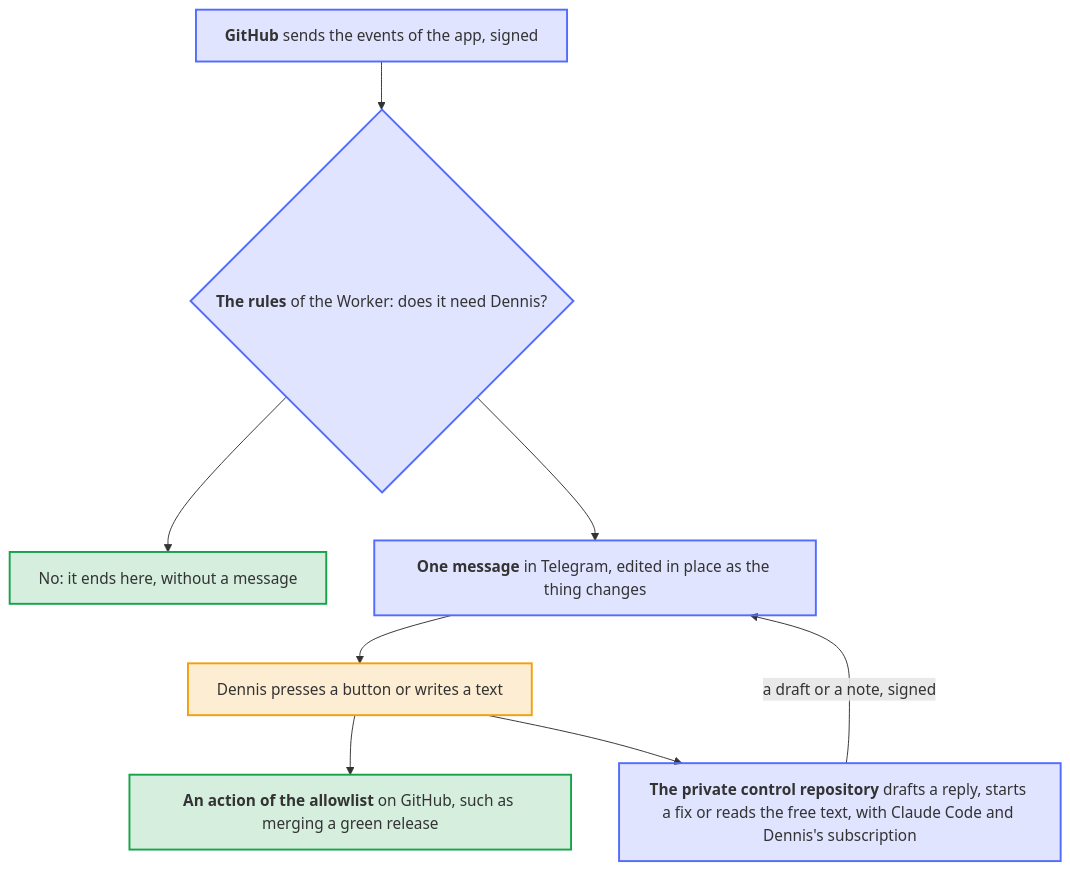
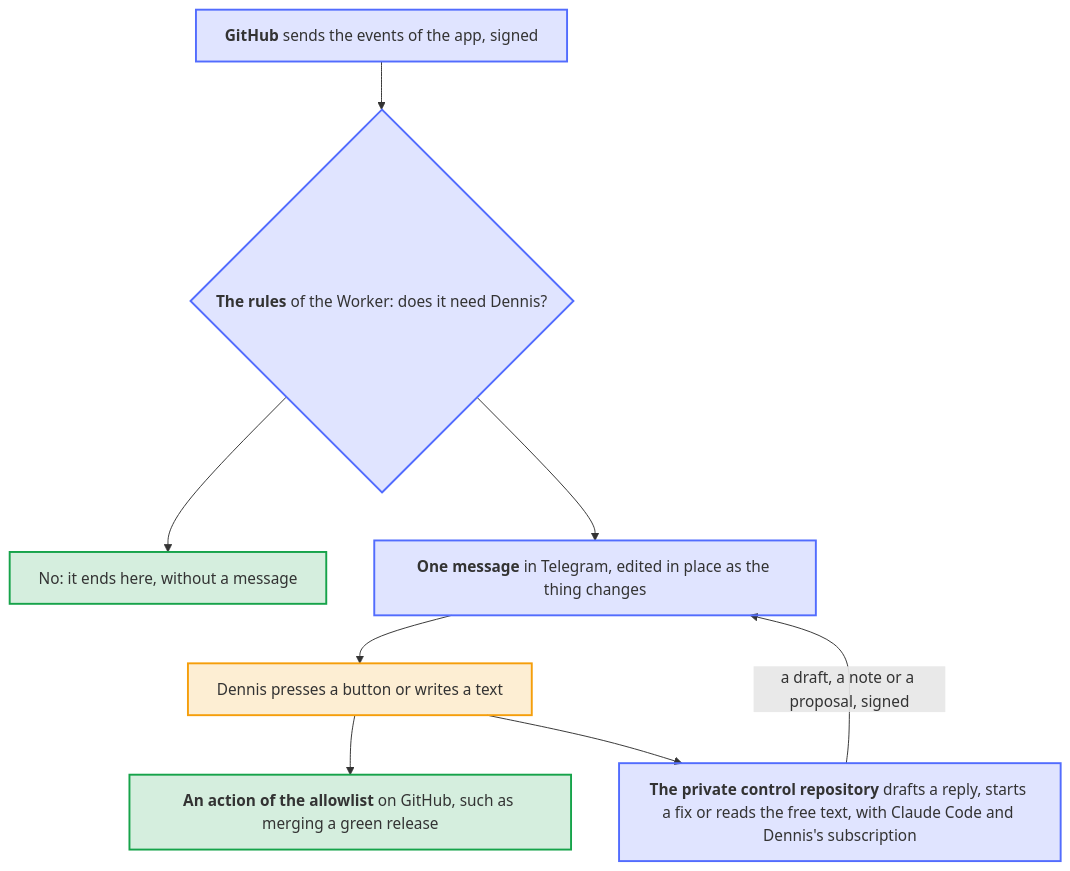
Before and after one commit to Dennis-Otto/dennis-otto-pager: the diagram in docs/diagrams/how-the-pager-works.mmd, drawn with Mermaid. The commit also changed 26 other files, not shown here.

First line of the commit message:
feat: free text and drafts run in the private control repository (#6)

```diff
--- a/docs/diagrams/how-the-pager-works.mmd
+++ b/docs/diagrams/how-the-pager-works.mmd
@@ -1,30 +1,30 @@
 ---
 config:
   flowchart:
     wrappingWidth: 400
 ---
 flowchart TB
     accTitle: How the pager works
-    accDescr: GitHub sends the events of the GitHub App to the Worker on Cloudflare, signed with the secret of its webhook. The rules decide what needs Dennis; everything else ends there. What counts becomes one message in Telegram, edited in place as it changes, with buttons. A button runs an action of the allowlist on GitHub, such as merging a green release. Drafts, fixes and free text go to the workflow of the private control repository, which runs Claude Code with Dennis's subscription and sends its answer back, signed, as a draft or a note that a button has to approve.
+    accDescr: GitHub sends the events of the GitHub App to the Worker on Cloudflare, signed with the secret of its webhook. The rules decide what needs Dennis; everything else ends there. What counts becomes one message in Telegram, edited in place as it changes, with buttons. A button runs an action of the allowlist on GitHub, such as merging a green release. Drafts, fixes and free text go to the workflow of the private control repository, which runs Claude Code with Dennis's subscription and sends its answer back, signed, as a draft, a note or a proposal that a button has to approve.
 
     github["`**GitHub** sends the events of the app, signed`"]
     rules{"`**The rules** of the Worker: does it need Dennis?`"}
     quiet["`No: it ends here, without a message`"]
     message["`**One message** in Telegram, edited in place as the thing changes`"]
     dennis["Dennis presses a button or writes a text"]
     action["`**An action of the allowlist** on GitHub, such as merging a green release`"]
     control["`**The private control repository** drafts a reply, starts a fix or reads the free text, with Claude Code and Dennis's subscription`"]
 
     github --> rules
     rules --> quiet
     rules --> message --> dennis
     dennis --> action
     dennis --> control
-    control -- "a draft or a note, signed" --> message
+    control -- "a draft, a note or a proposal, signed" --> message
 
     classDef you fill:#f59e0b2e,stroke:#f59e0b,stroke-width:2px
     classDef bot fill:#526cfe2e,stroke:#526cfe,stroke-width:2px
     classDef done fill:#16a34a2e,stroke:#16a34a,stroke-width:2px
     class dennis you
     class github,rules,message,control bot
     class quiet,action done
```
